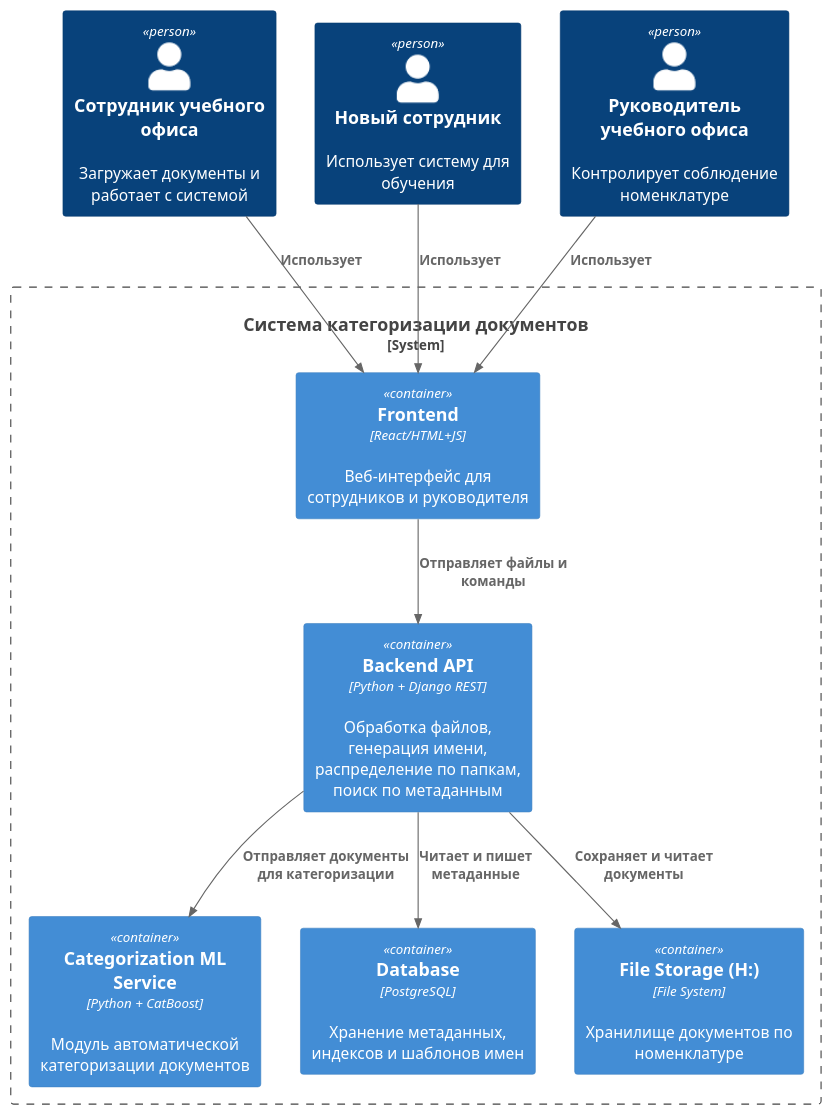
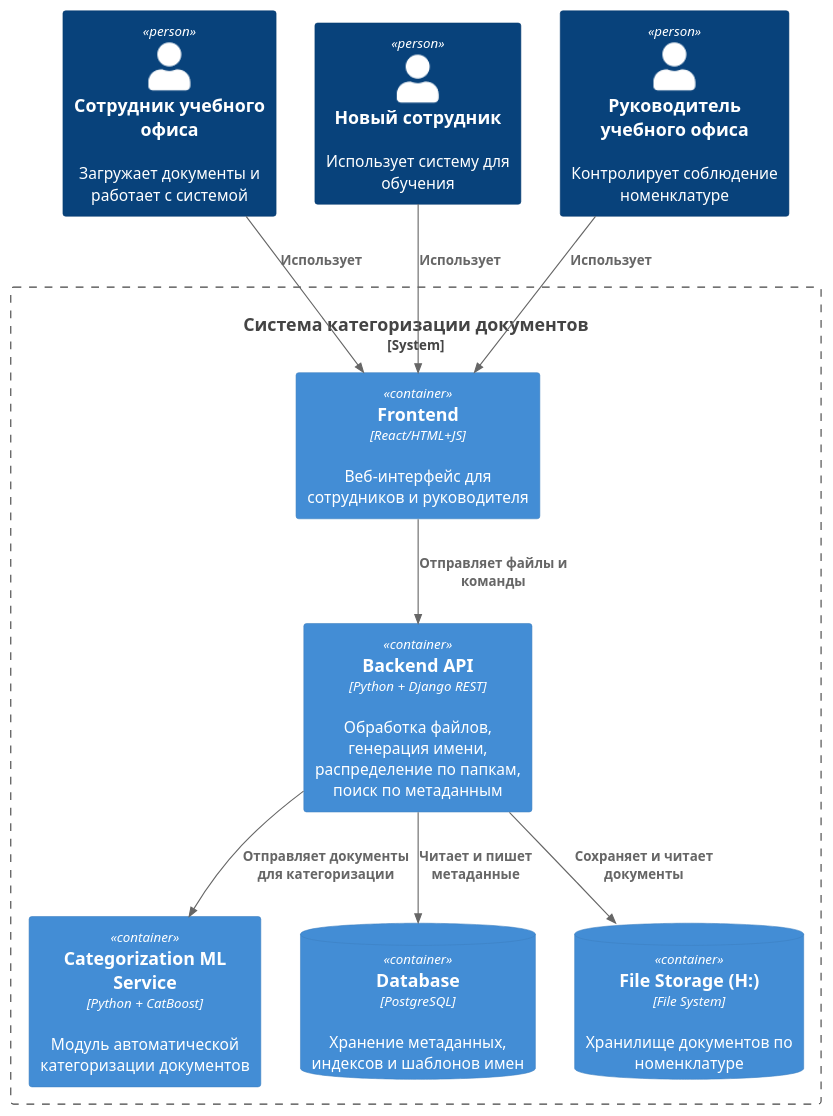
One commit to golariva/labs-for-design-of-software-systems-architecture changed the diagram in Lab Work №2/src/container_diagram.puml. Above: the diagram before and after it, drawn with PlantUML. The commit also changed 7 other files, not shown here.

```diff
--- a/Lab Work №2/src/container_diagram.puml
+++ b/Lab Work №2/src/container_diagram.puml
@@ -1,26 +1,26 @@
 @startuml
 !includeurl https://raw.githubusercontent.com/plantuml-stdlib/C4-PlantUML/master/C4_Container.puml
 
 System_Boundary(c1, "Система категоризации документов") {
 
     Container(frontend, "Frontend", "React/HTML+JS", "Веб-интерфейс для сотрудников и руководителя")
     Container(backend, "Backend API", "Python + Django REST", "Обработка файлов, генерация имени, распределение по папкам, поиск по метаданным")
     Container(ml, "Categorization ML Service", "Python + CatBoost", "Модуль автоматической категоризации документов")
-    Container(database, "Database", "PostgreSQL", "Хранение метаданных, индексов и шаблонов имен")
-    Container(storage, "File Storage (H:)", "File System", "Хранилище документов по номенклатуре")
+    ContainerDb(database, "Database", "PostgreSQL", "Хранение метаданных, индексов и шаблонов имен")
+    ContainerDb(storage, "File Storage (H:)", "File System", "Хранилище документов по номенклатуре")
 }
 
 Person(employee, "Сотрудник учебного офиса", "Загружает документы и работает с системой")
 Person(new_employee, "Новый сотрудник", "Использует систему для обучения")
 Person(manager, "Руководитель учебного офиса", "Контролирует соблюдение номенклатуре")
 
 Rel(employee, frontend, "Использует")
 Rel(new_employee, frontend, "Использует")
 Rel(manager, frontend, "Использует")
 
 Rel(frontend, backend, "Отправляет файлы и команды")
 Rel(backend, ml, "Отправляет документы для категоризации")
 Rel(backend, storage, "Сохраняет и читает документы")
 Rel(backend, database, "Читает и пишет метаданные")
 
 @enduml
```
